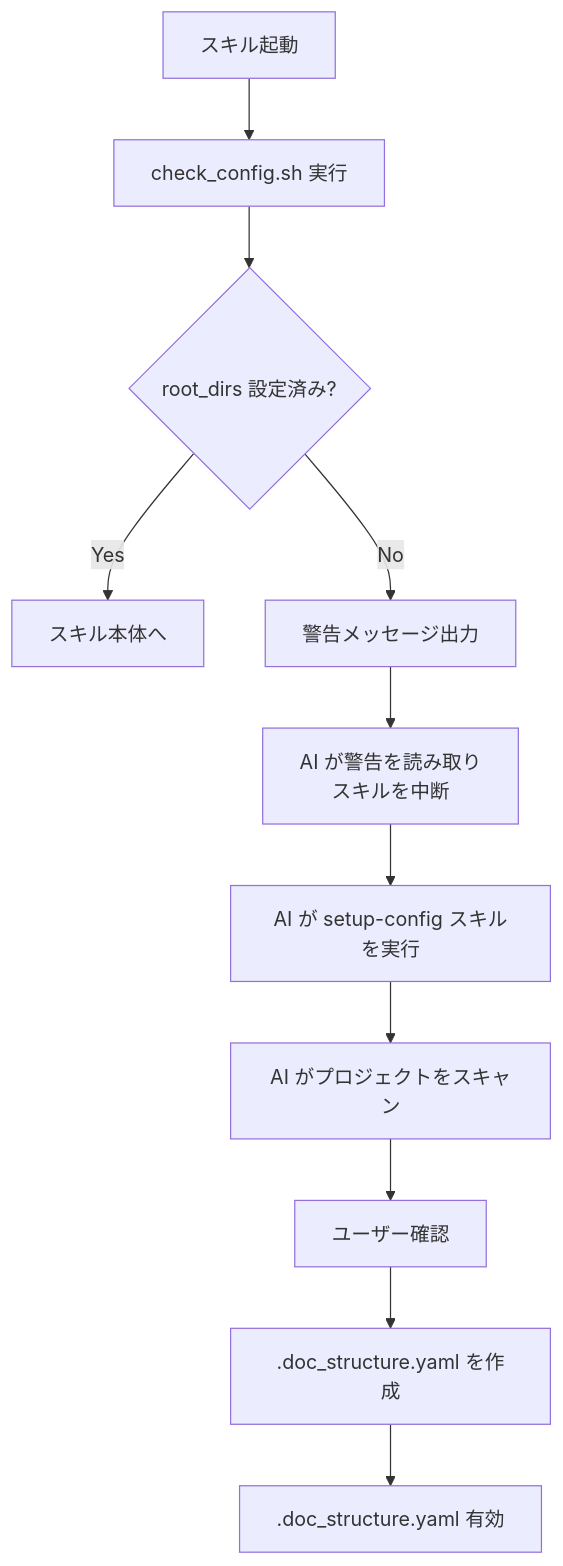
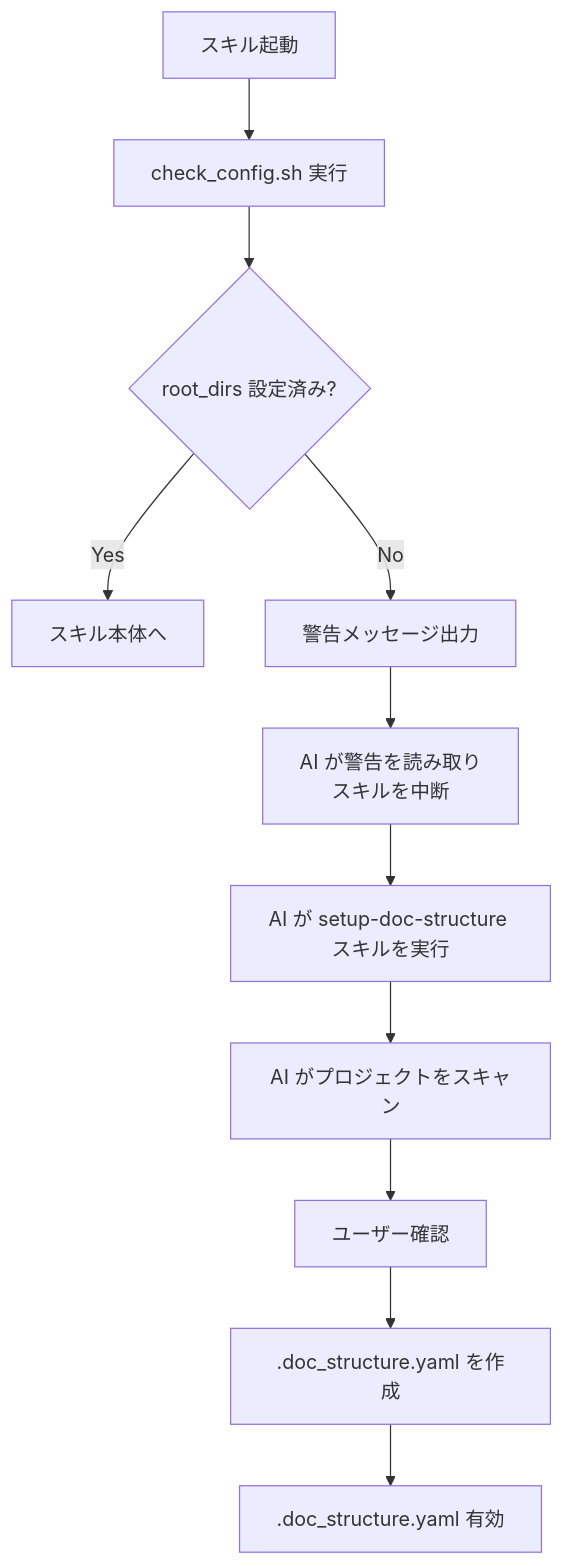
Before and after one commit to BlueEventHorizon/DocAdvisor-CC: the fourth of 10 diagrams in specs/design/DES-005_toc_generation_flow.md, drawn with Mermaid. The commit also changed other lines of this file and 19 other files, not shown here.

First line of the commit message:
refactor: rename /setup-config to /setup-doc-structure

````diff
--- a/specs/design/DES-005_toc_generation_flow.md
+++ b/specs/design/DES-005_toc_generation_flow.md
@@ -114,13 +114,13 @@
 ```mermaid
 flowchart TD
     H[スキル起動] --> I[check_config.sh 実行]
     I --> J{root_dirs 設定済み?}
     J -->|Yes| K[スキル本体へ]
     J -->|No| L["警告メッセージ出力"]
     L --> M["AI が警告を読み取り<br>スキルを中断"]
-    M --> N["AI が setup-config スキルを実行"]
+    M --> N["AI が setup-doc-structure スキルを実行"]
     N --> O[AI がプロジェクトをスキャン]
     O --> P[ユーザー確認]
     P --> Q[.doc_structure.yaml を作成]
     Q --> R[.doc_structure.yaml 有効]
 ```
````
